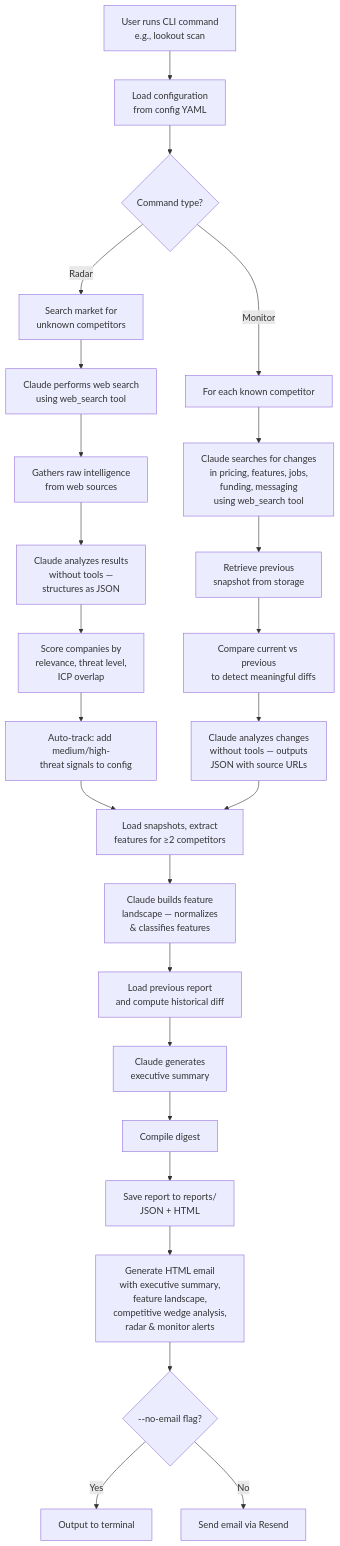
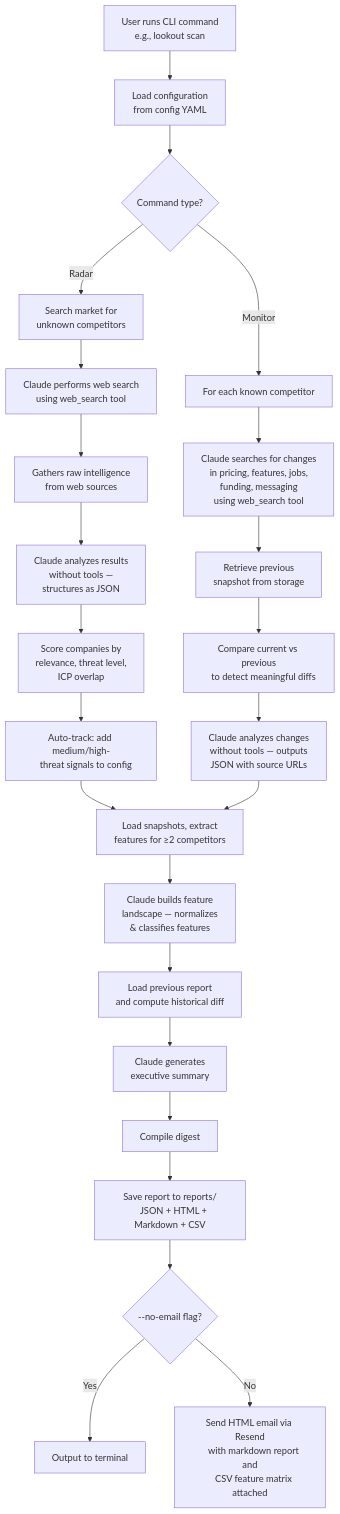
One commit to danwarner/lookout changed the diagram in docs/architecture.mmd. Above: the diagram before and after it, drawn with Mermaid. The commit also changed 2 other files, not shown here.

Commit message:
docs: update README and architecture diagram for Python 3.13 and new output formats

```diff
--- a/docs/architecture.mmd
+++ b/docs/architecture.mmd
@@ -1,57 +1,53 @@
 flowchart TD
     A["User runs CLI command
     e.g., lookout scan"] --> B["Load configuration
     from config YAML"]
     B --> C{"Command type?"}
 
     C -- "Radar" --> D["Search market for
     unknown competitors"]
     D --> E["Claude performs web search
     using web_search tool"]
     E --> F["Gathers raw intelligence
     from web sources"]
     F --> G["Claude analyzes results
     without tools —
     structures as JSON"]
     G --> H["Score companies by
     relevance, threat level,
     ICP overlap"]
     H --> I["Auto-track: add medium/high-
     threat signals to config"]
 
     C -- "Monitor" --> J["For each known competitor"]
     J --> K["Claude searches for changes
     in pricing, features, jobs,
     funding, messaging
     using web_search tool"]
     K --> L["Retrieve previous
     snapshot from storage"]
     L --> M["Compare current vs previous
     to detect meaningful diffs"]
     M --> N["Claude analyzes changes
     without tools — outputs
     JSON with source URLs"]
 
     I --> O["Load snapshots, extract
     features for ≥2 competitors"]
     N --> O
     O --> P["Claude builds feature
     landscape — normalizes
     & classifies features"]
     P --> Q["Load previous report
     and compute historical diff"]
     Q --> R["Claude generates
     executive summary"]
     R --> S["Compile digest"]
     S --> T["Save report to reports/
-    JSON + HTML"]
+    JSON + HTML + Markdown + CSV"]
 
-    T --> U["Generate HTML email
-    with executive summary,
-    feature landscape,
-    competitive wedge analysis,
-    radar & monitor alerts"]
-
-    U --> V{"--no-email flag?"}
-    V -- "Yes" --> W["Output to terminal"]
-    V -- "No" --> X["Send email via Resend"]
+    T --> U{"--no-email flag?"}
+    U -- "Yes" --> W["Output to terminal"]
+    U -- "No" --> X["Send HTML email via Resend
+    with markdown report and
+    CSV feature matrix attached"]
```
